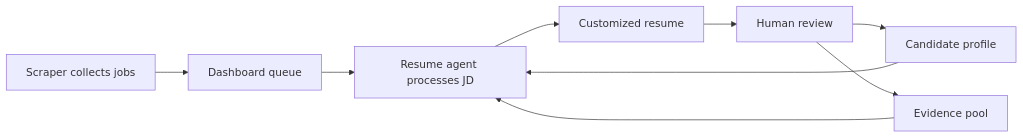
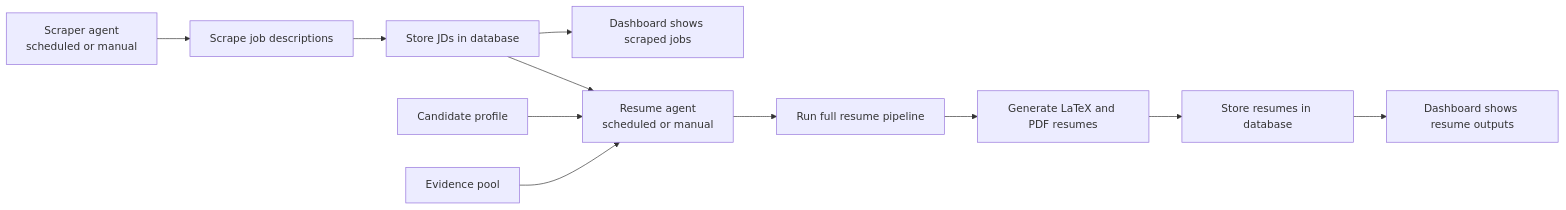
The diagram in README.md (Aryan1718/hermes-autonomous-resume), drawn with Mermaid before and after one commit. The commit also changed other lines of this file, not shown here.

Commit message:
docs: correct README system flow and add core skills table

````diff
--- a/README.md
+++ b/README.md
@@ -14,11 +14,14 @@
 ```mermaid
 flowchart LR
-  A[Scraper collects jobs] --> B[Dashboard queue]
-  B --> C[Resume agent processes JD]
-  D[Candidate profile] --> C
-  E[Evidence pool] --> C
-  C --> F[Customized resume]
-  F --> G[Human review]
-  G --> D
-  G --> E
+  A[Scraper agent<br/>scheduled or manual] --> B[Scrape job descriptions]
+  B --> C[Store JDs in database]
+  C --> D[Dashboard shows scraped jobs]
+
+  C --> E[Resume agent<br/>scheduled or manual]
+  F[Candidate profile] --> E
+  G[Evidence pool] --> E
+  E --> H[Run full resume pipeline]
+  H --> I[Generate LaTeX and PDF resumes]
+  I --> J[Store resumes in database]
+  J --> K[Dashboard shows resume outputs]
 ```
````
